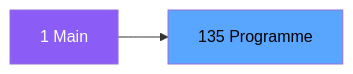
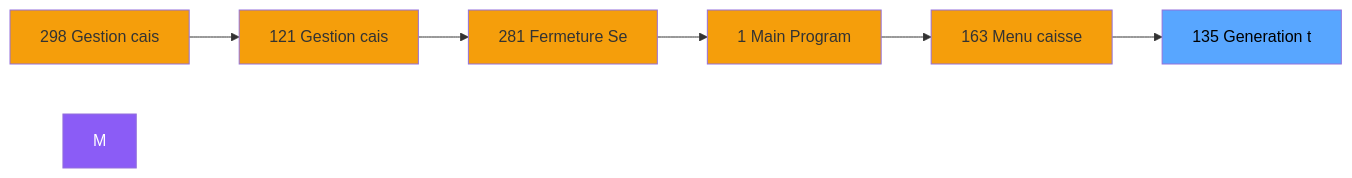
Before and after one commit to thonyAGP/magic-migration: the second of 3 diagrams in .openspec/specs/ADH-IDE-135.md, drawn with Mermaid. The commit also changed other lines of this file and 323 other files, not shown here.

````diff
--- a/.openspec/specs/ADH-IDE-135.md
+++ b/.openspec/specs/ADH-IDE-135.md
@@ -99,8 +125,21 @@
 ```mermaid
 graph LR
-    M[1 Main]
-    T[135 Programme]
-    M --> T
+    N298[298 Gestion cais]
+    N121[121 Gestion cais]
+    N281[281 Fermeture Se]
+    N1[1 Main Program]
+    N163[163 Menu caisse ]
+    T[135 Generation t]
+    N298 --> N121
+    N121 --> N281
+    N281 --> N1
+    N1 --> N163
+    N163 --> T
     style M fill:#8b5cf6,color:#fff
+    style N298 fill:#f59e0b
+    style N121 fill:#f59e0b
+    style N281 fill:#f59e0b
+    style N1 fill:#f59e0b
+    style N163 fill:#f59e0b
     style T fill:#58a6ff,color:#000
 ```
````
